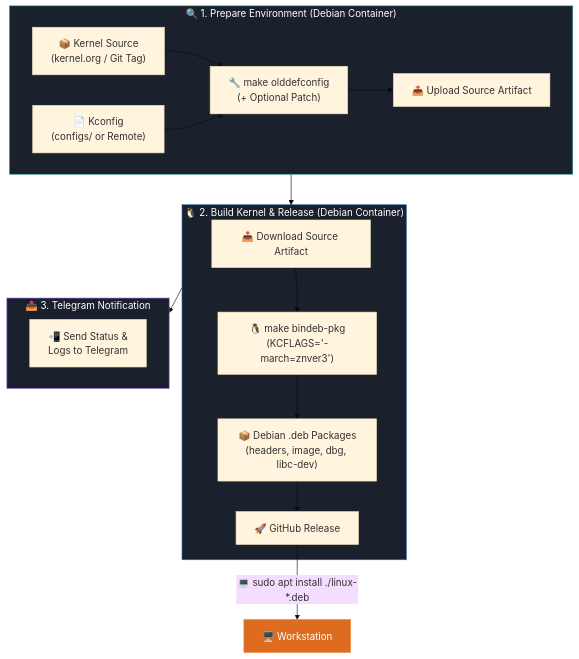
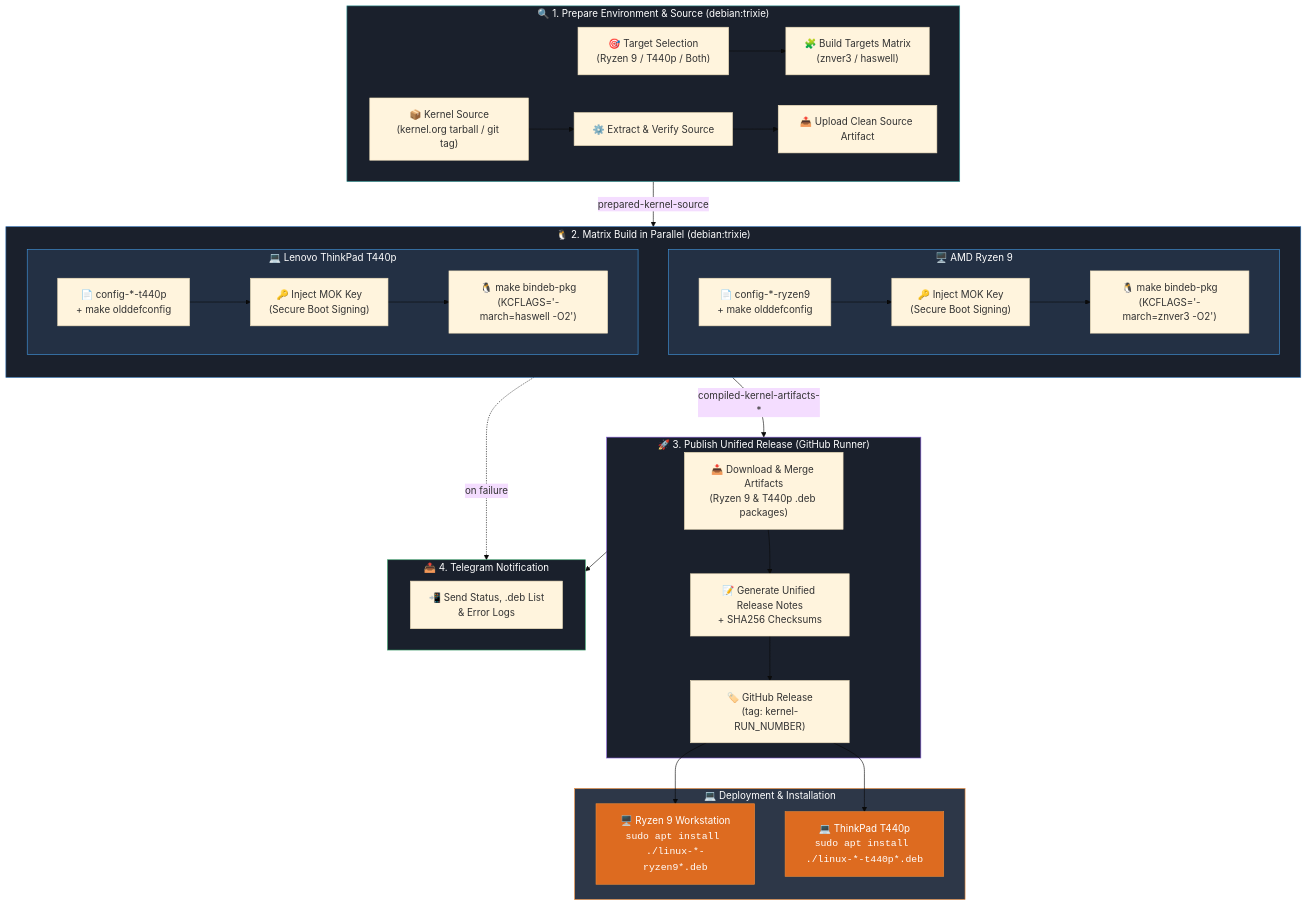
One commit to azagramac/linux-kernel changed the diagram in README.md. Above: the diagram before and after it, drawn with Mermaid (base theme). The commit also changed other lines of this file and 6 other files, not shown here.

````diff
--- a/README.md
+++ b/README.md
@@ -37,27 +37,57 @@
 ```mermaid
 graph TD
-    subgraph Job1["🔍 1. Prepare Environment (Debian Container)"]
-        A1["📦 Kernel Source<br/>(kernel.org / Git Tag)"] --> A3["🔧 make olddefconfig<br/>(+ Optional Patch)"]
-        A2["📄 Kconfig<br/>(configs/ or Remote)"] --> A3
-        A3 --> A4["📤 Upload Source Artifact"]
+    subgraph Job1["🔍 1. Prepare Environment & Source (debian:trixie)"]
+        A1["📦 Kernel Source<br/>(kernel.org tarball / git tag)"] --> A3["⚙️ Extract & Verify Source"]
+        A2["🎯 Target Selection<br/>(Ryzen 9 / T440p / Both)"] --> A4["🧩 Build Targets Matrix<br/>(znver3 / haswell)"]
+        A3 --> A5["📤 Upload Clean Source Artifact"]
     end
 
-    subgraph Job2["🐧 2. Build Kernel & Release (Debian Container)"]
-        B1["📥 Download Source Artifact"] --> B2["🐧 make bindeb-pkg<br/>(KCFLAGS='-march=znver3')"]
-        B2 --> B3["📦 Debian .deb Packages<br/>(headers, image, dbg, libc-dev)"]
-        B3 --> B4["🚀 GitHub Release"]
+    subgraph Job2["🐧 2. Matrix Build in Parallel (debian:trixie)"]
+        direction TB
+        subgraph MatrixRyzen["🖥️ AMD Ryzen 9"]
+            B1_R["📄 config-*-ryzen9<br/>+ make olddefconfig"]
+            B2_R["🔑 Inject MOK Key<br/>(Secure Boot Signing)"]
+            B3_R["🐧 make bindeb-pkg<br/>(KCFLAGS='-march=znver3 -O2')"]
+            B1_R --> B2_R --> B3_R
+        end
+        subgraph MatrixT440p["💻 Lenovo ThinkPad T440p"]
+            B1_L["📄 config-*-t440p<br/>+ make olddefconfig"]
+            B2_L["🔑 Inject MOK Key<br/>(Secure Boot Signing)"]
+            B3_L["🐧 make bindeb-pkg<br/>(KCFLAGS='-march=haswell -O2')"]
+            B1_L --> B2_L --> B3_L
+        end
     end
 
-    subgraph Job3["📤 3. Telegram Notification"]
-        C1["📲 Send Status &<br/>Logs to Telegram"]
+    subgraph Job3["🚀 3. Publish Unified Release (GitHub Runner)"]
+        C1["📥 Download & Merge Artifacts<br/>(Ryzen 9 & T440p .deb packages)"]
+        C2["📝 Generate Unified Release Notes<br/>+ SHA256 Checksums"]
+        C3["🏷️ GitHub Release<br/>(tag: kernel-RUN_NUMBER)"]
+        C1 --> C2 --> C3
     end
 
-    Job1 --> Job2
-    Job2 --> Job3
-    B4 -->|"💻 sudo apt install ./linux-*.deb"| D["🖥️ Workstation<br/>"]
+    subgraph Job4["📤 4. Telegram Notification"]
+        D1["📲 Send Status, .deb List<br/>& Error Logs"]
+    end
+
+    subgraph Deploy["💻 Deployment & Installation"]
+        E1["🖥️ Ryzen 9 Workstation<br/><code>sudo apt install ./linux-*-ryzen9*.deb</code>"]
+        E2["💻 ThinkPad T440p<br/><code>sudo apt install ./linux-*-t440p*.deb</code>"]
+    end
+
+    Job1 -->|"prepared-kernel-source"| Job2
+    Job2 -->|"compiled-kernel-artifacts-*"| Job3
+    Job3 --> Job4
+    Job2 -.->|"on failure"| Job4
+    C3 --> E1
+    C3 --> E2
 
     style Job1 fill:#1a202c,stroke:#319795,color:#fff
     style Job2 fill:#1a202c,stroke:#2b6cb0,color:#fff
+    style MatrixRyzen fill:#233044,stroke:#4299e1,color:#fff
+    style MatrixT440p fill:#233044,stroke:#4299e1,color:#fff
     style Job3 fill:#1a202c,stroke:#805ad5,color:#fff
-    style D fill:#dd6b20,stroke:#ed8936,color:#fff
+    style Job4 fill:#1a202c,stroke:#38a169,color:#fff
+    style Deploy fill:#2d3748,stroke:#ed8936,color:#fff
+    style E1 fill:#dd6b20,stroke:#ed8936,color:#fff
+    style E2 fill:#dd6b20,stroke:#ed8936,color:#fff
 ```
````
